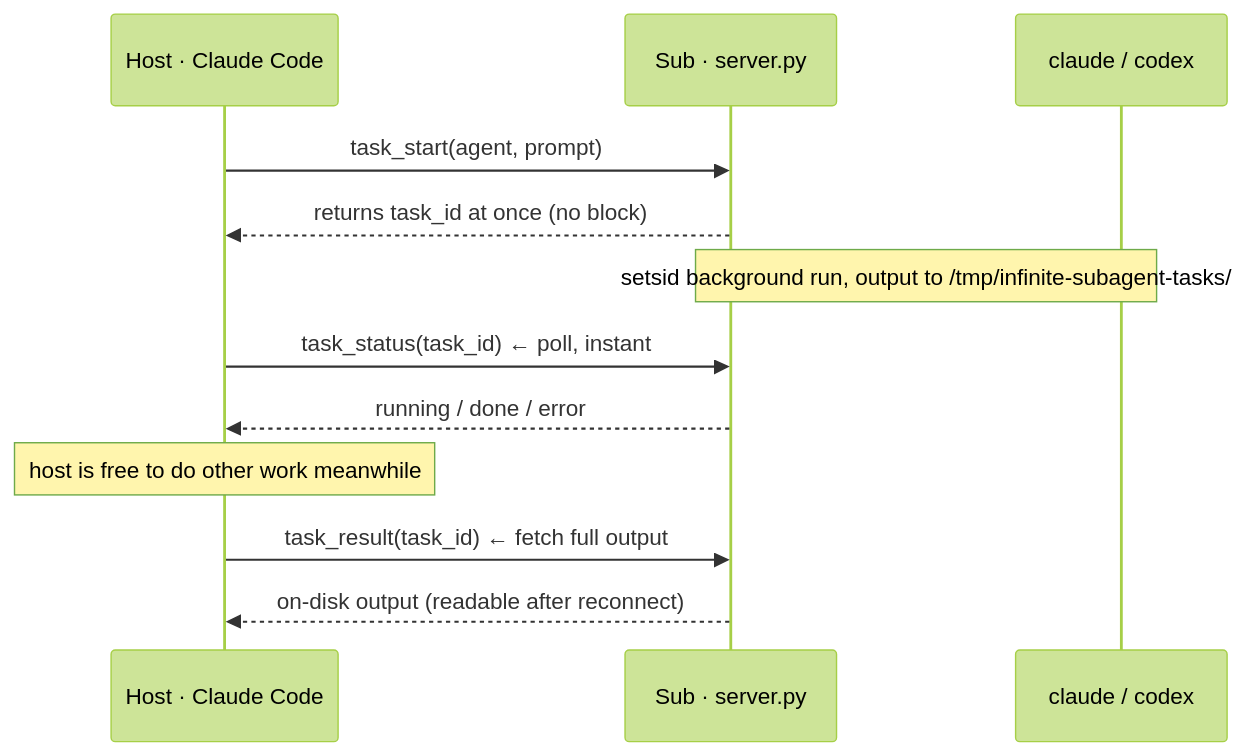
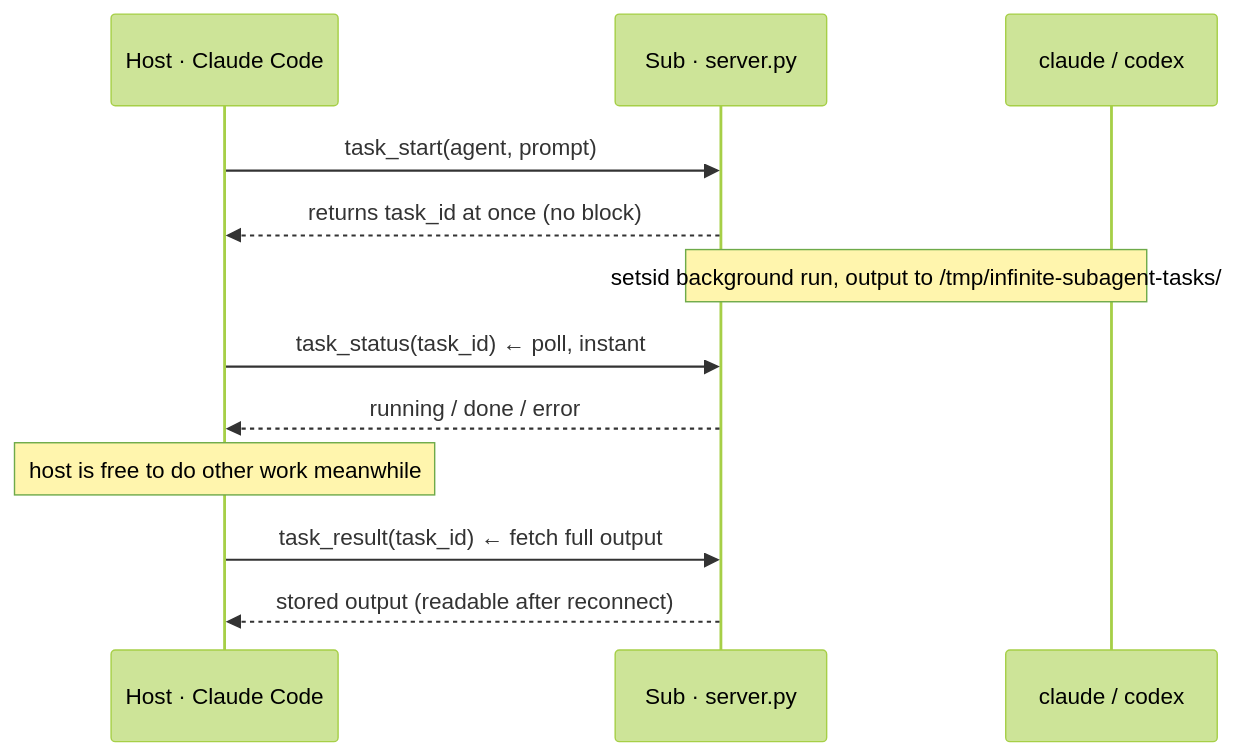
Before and after one commit to hashiruu/infinite-subagent: the sixth of 6 diagrams in README.en.md, drawn with Mermaid (forest theme). The commit also changed other lines of this file and 1 other file, not shown here.

Commit message:
docs: add update section, replace disk terms

````diff
--- a/README.en.md
+++ b/README.en.md
@@ -241,14 +256,14 @@
 ```mermaid
 sequenceDiagram
   participant CC as Host · Claude Code
   participant SRV as Sub · server.py
   participant AI as claude / codex
   CC->>SRV: task_start(agent, prompt)
   SRV-->>CC: returns task_id at once (no block)
   Note over SRV,AI: setsid background run, output to /tmp/infinite-subagent-tasks/
   CC->>SRV: task_status(task_id) ← poll, instant
   SRV-->>CC: running / done / error
   Note over CC: host is free to do other work meanwhile
   CC->>SRV: task_result(task_id) ← fetch full output
-  SRV-->>CC: on-disk output (readable after reconnect)
+  SRV-->>CC: stored output (readable after reconnect)
 ```
````
